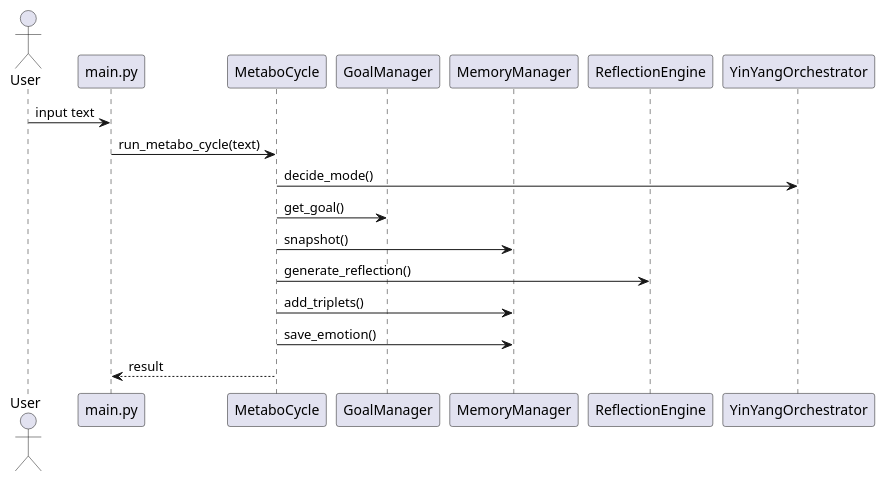
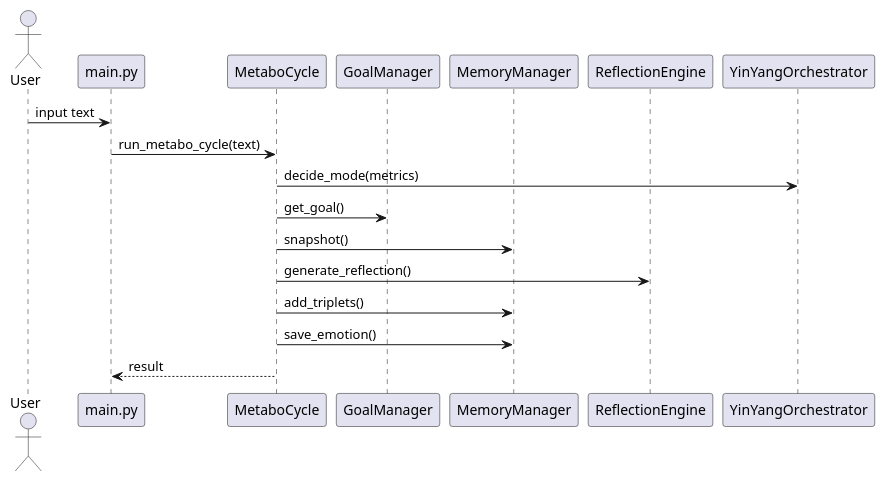
One commit to marcusreimold/MetaboMind changed the diagram in doc/diagrams/sequence_diagram.puml. Above: the diagram before and after it, drawn with PlantUML. The commit also changed 6 other files, not shown here.

Commit message:
Enhance Yin mode decision

```diff
--- a/doc/diagrams/sequence_diagram.puml
+++ b/doc/diagrams/sequence_diagram.puml
@@ -1,18 +1,18 @@
 @startuml
 actor User
 participant "main.py" as Main
 participant MetaboCycle
 participant GoalManager
 participant MemoryManager
 participant ReflectionEngine
 participant YinYangOrchestrator
 User -> Main: input text
 Main -> MetaboCycle: run_metabo_cycle(text)
-MetaboCycle -> YinYangOrchestrator: decide_mode()
+MetaboCycle -> YinYangOrchestrator: decide_mode(metrics)
 MetaboCycle -> GoalManager: get_goal()
 MetaboCycle -> MemoryManager: snapshot()
 MetaboCycle -> ReflectionEngine: generate_reflection()
 MetaboCycle -> MemoryManager: add_triplets()
 MetaboCycle -> MemoryManager: save_emotion()
 MetaboCycle --> Main: result
 @enduml
```
